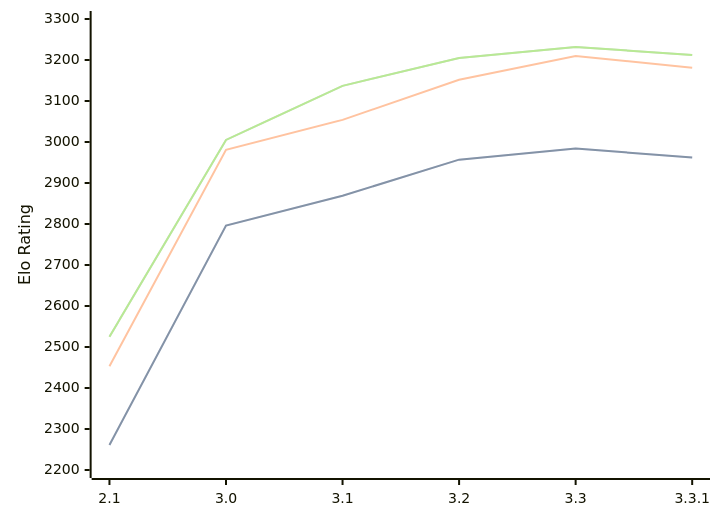
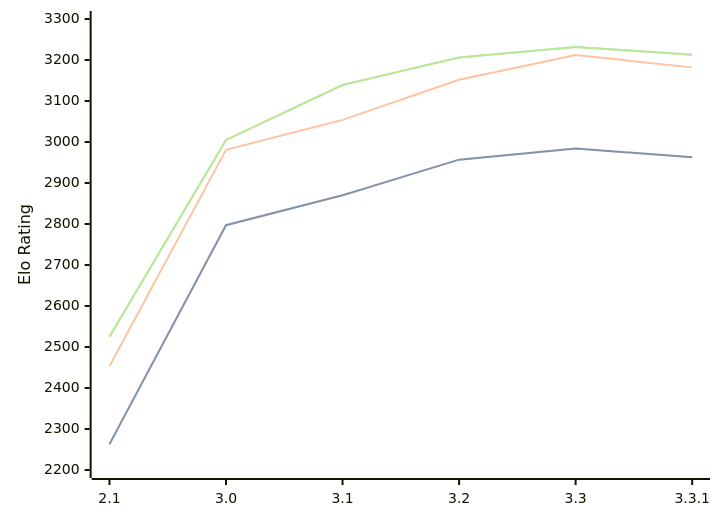
One commit to computer-chess-index/cci changed the diagram in engines/Petrel.md. Above: the diagram before and after it, drawn with Mermaid. The commit also changed other lines of this file, not shown here.

Commit message:
Update CCI Ratings (ELO VLTC) - 2026-04-19

````diff
--- a/engines/Petrel.md
+++ b/engines/Petrel.md
@@ -45,11 +45,11 @@
 ```mermaid
 %%{init: {"theme":"base","themeVariables":{"seriesColors:['#a3a3a3','#222221','#faa371']}}}%%
 xychart-beta
   x-axis ["2.1", "3.0", "3.1", "3.2", "3.3", "3.3.1"]
   y-axis "Elo Rating" 2200 --> 3300
-  line "STC (8.0+0.08s)" [2261, 2796, 2869, 2957, 2984, 2962]
-  line "STC (8.0+0.08s)" [2261, 2796, 2869, 2957, 2984, 2962]
-  line "LTC (60.0+0.60s)" [2453, 2981, 3054, 3152, 3210, 3181]
-  line "VLTC (2m24s+1.12s)" [2525, 3005, 3137, 3205, 3232, 3212]
-  line "VLTC (2m24s+1.12s)" [2525, 3005, 3137, 3205, 3232, 3212]
+  line "STC (8.0+0.08s)" [2263, 2797, 2870, 2957, 2984, 2963]
+  line "STC (8.0+0.08s)" [2263, 2797, 2870, 2957, 2984, 2963]
+  line "LTC (60.0+0.60s)" [2453, 2981, 3054, 3152, 3212, 3182]
+  line "VLTC (2m24s+1.12s)" [2525, 3005, 3139, 3206, 3232, 3213]
+  line "VLTC (2m24s+1.12s)" [2525, 3005, 3139, 3206, 3232, 3213]
 ```
````
